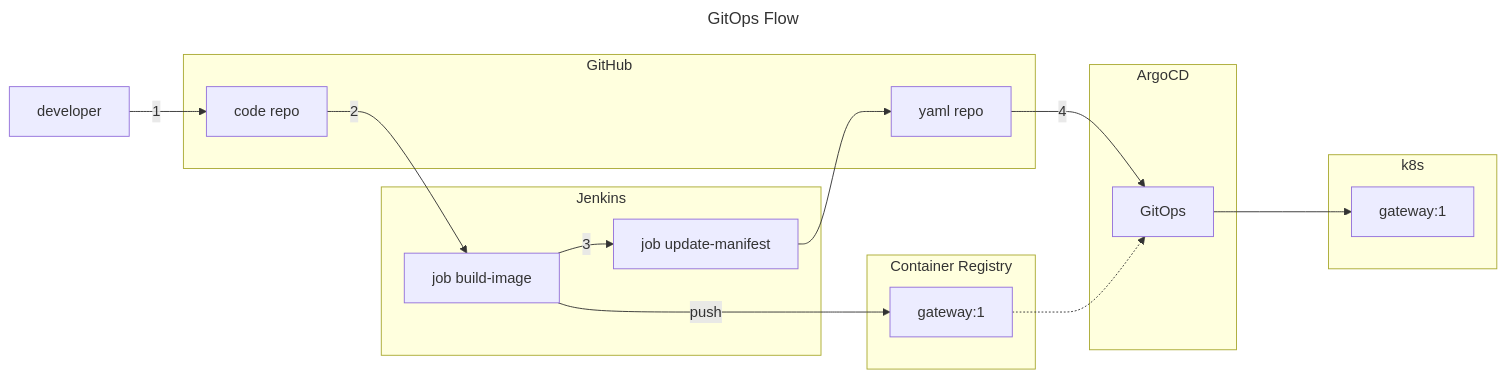
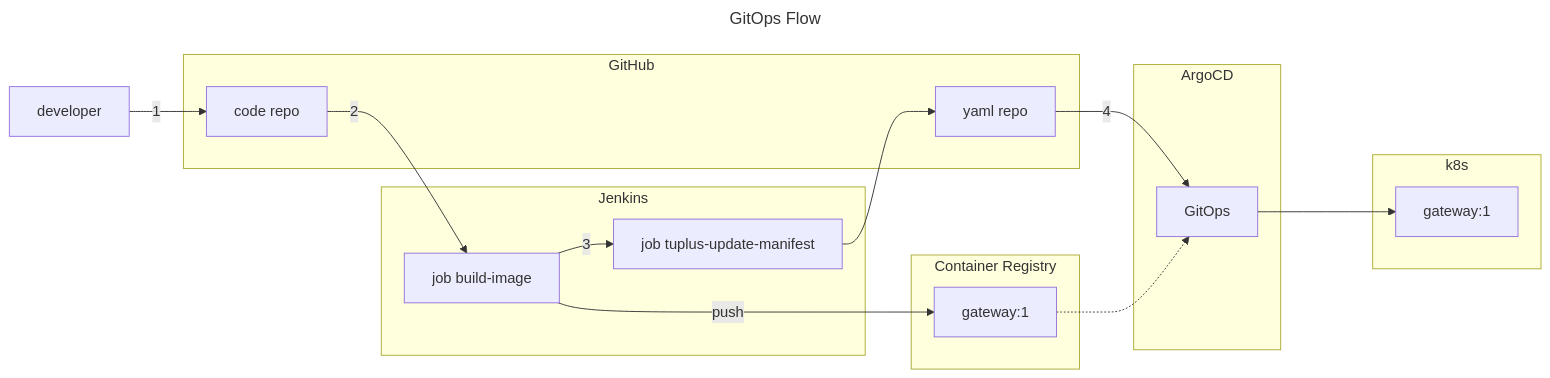
The second of 2 diagrams in README.MD (codelab-kr/tuplus), drawn with Mermaid before and after one commit.

Commit message:
[FIX] Jenkins: update-manifest -> tuplus-update-manifest

````diff
--- a/README.MD
+++ b/README.MD
@@ -96,27 +96,27 @@
 ```mermaid
 ---
 title: GitOps Flow
 ---
 flowchart LR
   subgraph Jenkins
     job1[job build-image]
-    job2[job update-manifest]
+    job2[job tuplus-update-manifest]
   end
   subgraph GitHub
     repo1[code repo]
     repo2[yaml repo]
   end
 
   subgraph Container Registry
     image[gateway:1]
   end
   subgraph ArgoCD
     gitops[GitOps]
   end
   subgraph k8s
     image2[gateway:1]
   end
    dev[developer] --1--> repo1 --2--> job1 --push--> image
    job1 --3--> job2 --> repo2 --4--> gitops ---> image2
    image -.-> gitops
 ```
````
